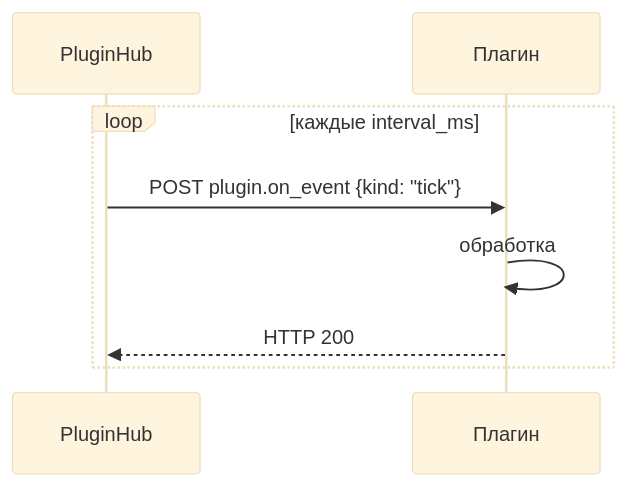
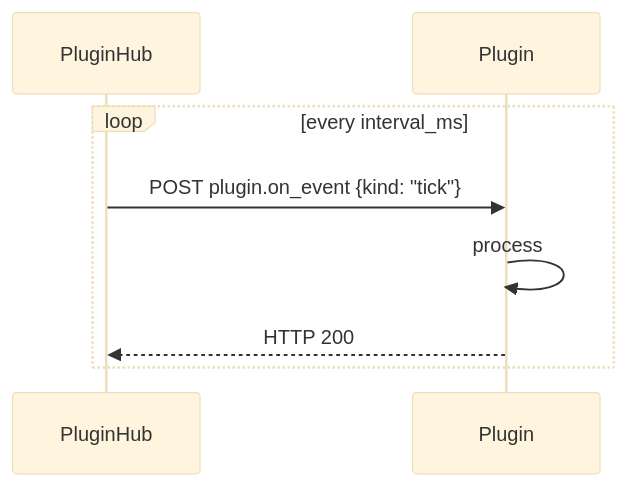
The fourth of 9 diagrams in docs/en/14-diagrams.md (darvik80/iot-platform-go), drawn with Mermaid (base theme) before and after one commit. The commit also changed other lines of this file and 27 other files, not shown here.

````diff
--- a/docs/en/14-diagrams.md
+++ b/docs/en/14-diagrams.md
@@ -172,11 +178,11 @@
 ```mermaid
 sequenceDiagram
     participant Hub as PluginHub
-    participant Pl as Плагин
+    participant Pl as Plugin
 
-    loop каждые interval_ms
+    loop every interval_ms
         Hub->>Pl: POST plugin.on_event {kind: "tick"}
-        Pl->>Pl: обработка
+        Pl->>Pl: process
         Pl-->>Hub: HTTP 200
     end
 ```
````
